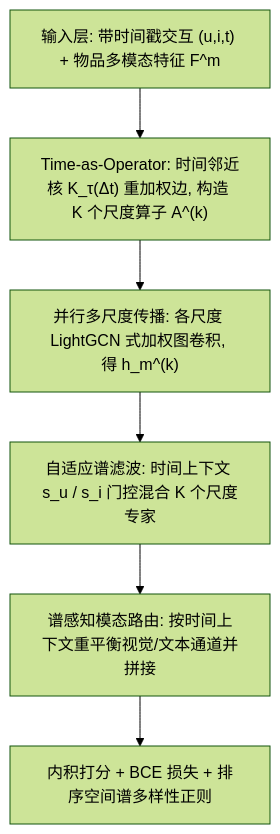
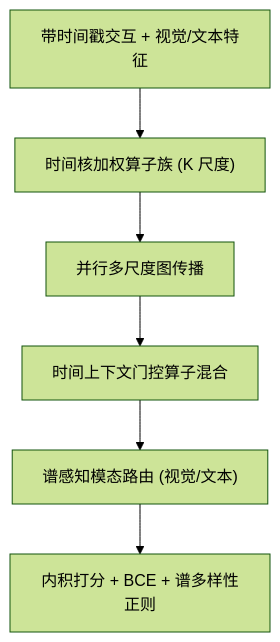
The diagram in docs/venues/SIGIR/2026/multimodal_rec/timemm_time_as_operator_spectral_filtering_for_dynamic_multimodal_recommend.md (jbdcia321vw/Paper-Notes), drawn with Mermaid (forest theme) before and after one commit. The commit also changed other lines of this file and 1119 other files, not shown here.

````diff
--- a/docs/venues/SIGIR/2026/multimodal_rec/timemm_time_as_operator_spectral_filtering_for_dynamic_multimodal_recommend.md
+++ b/docs/venues/SIGIR/2026/multimodal_rec/timemm_time_as_operator_spectral_filtering_for_dynamic_multimodal_recommend.md
@@ -56,8 +47,8 @@
 ```mermaid
 flowchart TD
-    A["输入层: 带时间戳交互 (u,i,t) + 物品多模态特征 F^m"] --> B["Time-as-Operator: 时间邻近核 K_τ(Δt) 重加权边, 构造 K 个尺度算子 A^(k)"]
-    B --> C["并行多尺度传播: 各尺度 LightGCN 式加权图卷积, 得 h_m^(k)"]
-    C --> D["自适应谱滤波: 时间上下文 s_u / s_i 门控混合 K 个尺度专家"]
-    D --> E["谱感知模态路由: 按时间上下文重平衡视觉/文本通道并拼接"]
-    E --> F["内积打分 + BCE 损失 + 排序空间谱多样性正则"]
+    A["带时间戳交互 + 视觉/文本特征"] --> B["时间核加权算子族 (K 尺度)"]
+    B --> C["并行多尺度图传播"]
+    C --> D["时间上下文门控算子混合"]
+    D --> E["谱感知模态路由 (视觉/文本)"]
+    E --> F["内积打分 + BCE + 谱多样性正则"]
 ```
````
